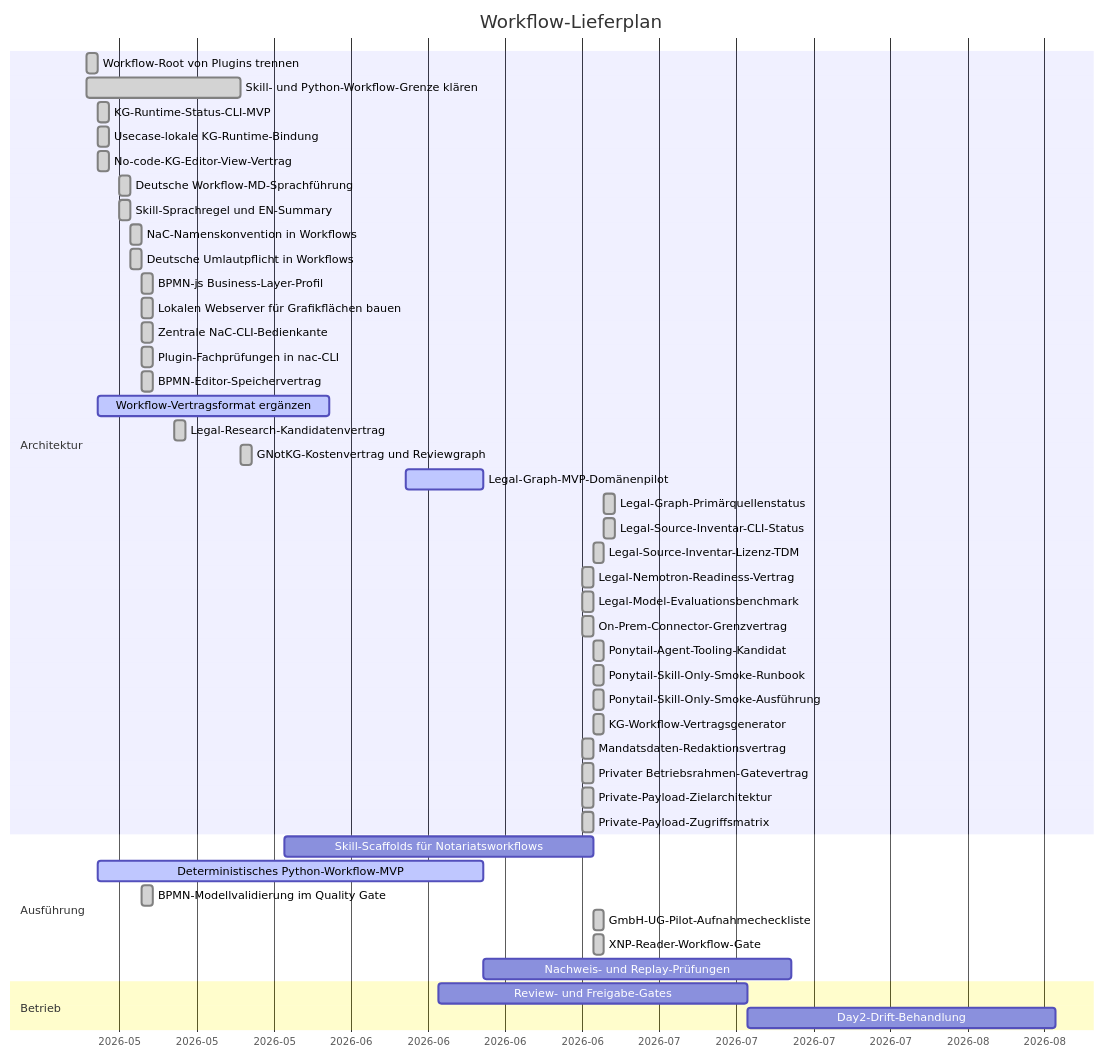
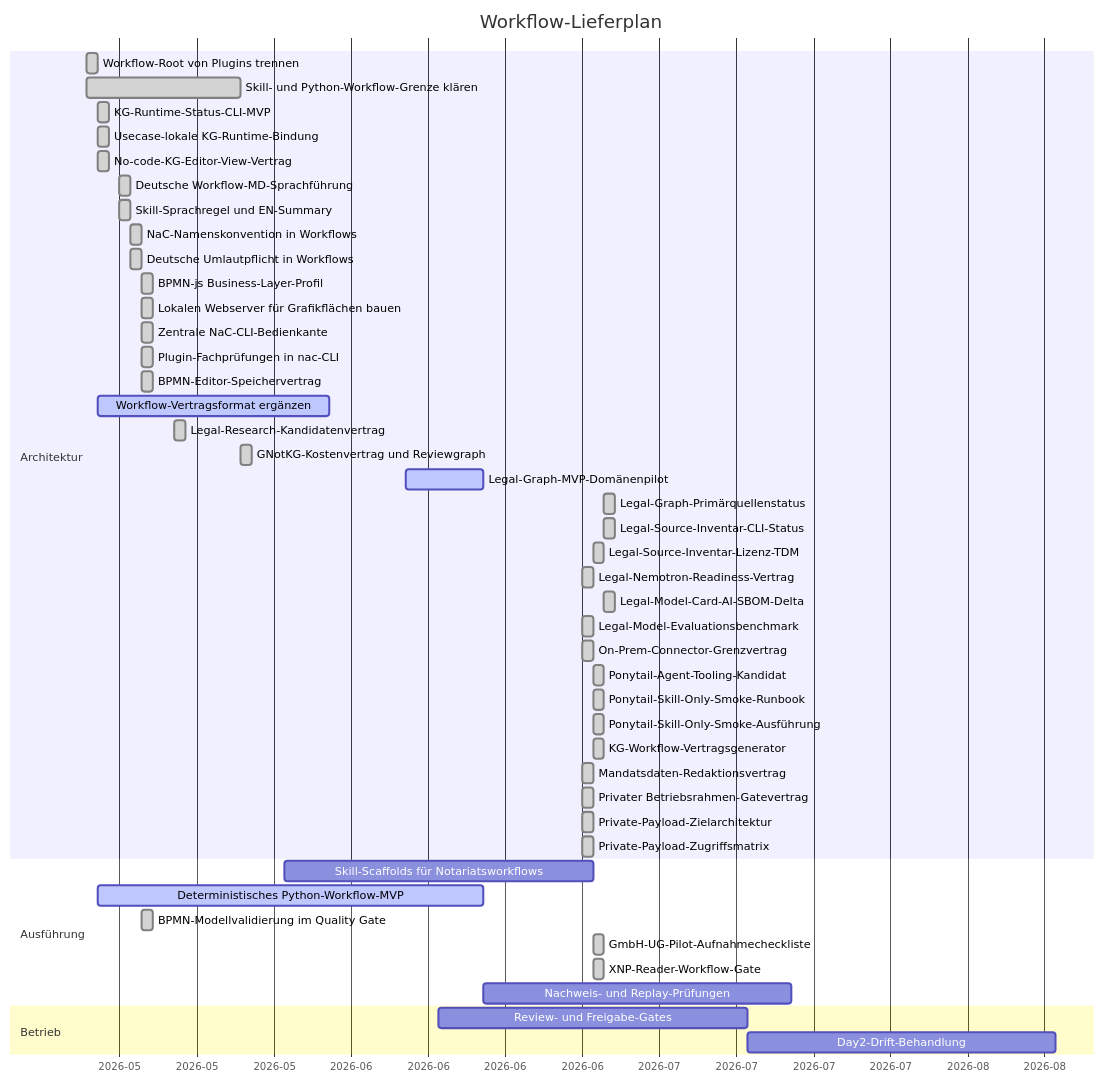
One commit to notariat8/NaC changed the diagram in workflows/GANTT.md. Above: the diagram before and after it, drawn with Mermaid. The commit also changed other lines of this file and 13 other files, not shown here.

Commit message:
Add legal model card AI-SBOM delta gate

````diff
--- a/workflows/GANTT.md
+++ b/workflows/GANTT.md
@@ -5,52 +5,53 @@
 ```mermaid
 gantt
     title Workflow-Lieferplan
     dateFormat  YYYY-MM-DD
     axisFormat  %Y-%m
 
     section Architektur
     Workflow-Root von Plugins trennen          :done,   w1, 2026-05-14, 1d
     Skill- und Python-Workflow-Grenze klären  :done,   w2, 2026-05-14, 14d
     KG-Runtime-Status-CLI-MVP                  :done,   w3, 2026-05-15, 1d
     Usecase-lokale KG-Runtime-Bindung          :done,   w3a, 2026-05-15, 1d
     No-code-KG-Editor-View-Vertrag             :done,   w4a, 2026-05-15, 1d
     Deutsche Workflow-MD-Sprachführung        :done,   w4b, 2026-05-17, 1d
     Skill-Sprachregel und EN-Summary            :done,   w4c, 2026-05-17, 1d
     NaC-Namenskonvention in Workflows           :done,   w4d, 2026-05-18, 1d
     Deutsche Umlautpflicht in Workflows         :done,   w4e, 2026-05-18, 1d
     BPMN-js Business-Layer-Profil               :done,   w4f, 2026-05-19, 1d
     Lokalen Webserver für Grafikflächen bauen  :done,   w4g, 2026-05-19, 1d
     Zentrale NaC-CLI-Bedienkante                :done,   w4h, 2026-05-19, 1d
     Plugin-Fachprüfungen in nac-CLI             :done,   w4i, 2026-05-19, 1d
     BPMN-Editor-Speichervertrag                 :done,   w4j, 2026-05-19, 1d
     Workflow-Vertragsformat ergänzen          :active, w4, 2026-05-15, 21d
     Legal-Research-Kandidatenvertrag           :done,   w4k, 2026-05-22, 1d
     GNotKG-Kostenvertrag und Reviewgraph        :done,   w4l, 2026-05-28, 1d
     Legal-Graph-MVP-Domänenpilot              :active, w4m, 2026-06-12, 7d
     Legal-Graph-Primärquellenstatus            :done,   w4z, 2026-06-30, 1d
     Legal-Source-Inventar-CLI-Status           :done,   w4aa, 2026-06-30, 1d
     Legal-Source-Inventar-Lizenz-TDM           :done,   w4u, 2026-06-29, 1d
     Legal-Nemotron-Readiness-Vertrag            :done,   w4s, 2026-06-28, 1d
+    Legal-Model-Card-AI-SBOM-Delta             :done,   w4ab, 2026-06-30, 1d
     Legal-Model-Evaluationsbenchmark           :done,   w4t, 2026-06-28, 1d
     On-Prem-Connector-Grenzvertrag            :done,   w4n, 2026-06-28, 1d
     Ponytail-Agent-Tooling-Kandidat            :done,   w4v, 2026-06-29, 1d
     Ponytail-Skill-Only-Smoke-Runbook          :done,   w4w, 2026-06-29, 1d
     Ponytail-Skill-Only-Smoke-Ausführung       :done,   w4x, 2026-06-29, 1d
     KG-Workflow-Vertragsgenerator              :done,   w4y, 2026-06-29, 1d
     Mandatsdaten-Redaktionsvertrag             :done,   w4o, 2026-06-28, 1d
     Privater Betriebsrahmen-Gatevertrag        :done,   w4p, 2026-06-28, 1d
     Private-Payload-Zielarchitektur            :done,   w4q, 2026-06-28, 1d
     Private-Payload-Zugriffsmatrix             :done,   w4r, 2026-06-28, 1d
 
     section Ausführung
     Skill-Scaffolds für Notariatsworkflows    :        w5, 2026-06-01, 28d
     Deterministisches Python-Workflow-MVP      :active, w6, 2026-05-15, 35d
     BPMN-Modellvalidierung im Quality Gate      :done,   w6a, 2026-05-19, 1d
     GmbH-UG-Pilot-Aufnahmecheckliste           :done,   w6b, 2026-06-29, 1d
     XNP-Reader-Workflow-Gate                   :done,   w6c, 2026-06-29, 1d
     Nachweis- und Replay-Prüfungen            :        w7, after w6, 28d
 
     section Betrieb
     Review- und Freigabe-Gates                 :        w8, 2026-06-15, 28d
     Day2-Drift-Behandlung                      :        w9, after w8, 28d
 ```
````
